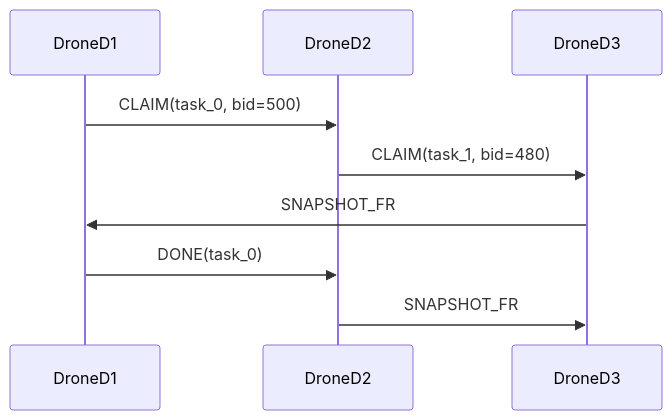
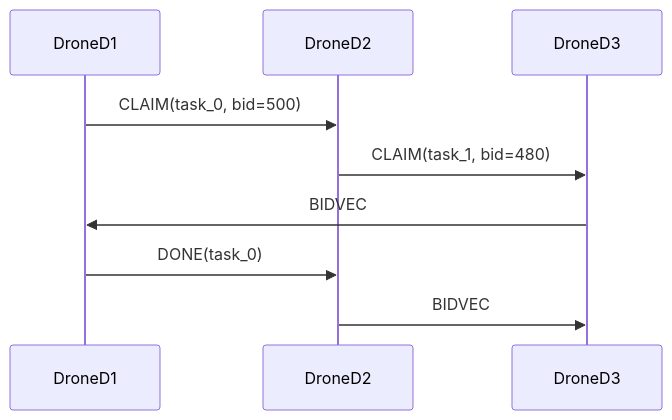
Before and after one commit to IN-AIR-KR/crazyflie-firmware: the first of 2 diagrams in examples/app_peer_to_peer_meshprobe/docs/CBBA_OVERVIEW.md, drawn with Mermaid. The commit also changed other lines of this file and 6 other files, not shown here.

````diff
--- a/examples/app_peer_to_peer_meshprobe/docs/CBBA_OVERVIEW.md
+++ b/examples/app_peer_to_peer_meshprobe/docs/CBBA_OVERVIEW.md
@@ -132,12 +132,12 @@
 ```mermaid
 sequenceDiagram
     participant D1 as DroneD1
     participant D2 as DroneD2
     participant D3 as DroneD3
 
     D1->>D2: CLAIM(task_0, bid=500)
     D2->>D3: CLAIM(task_1, bid=480)
-    D3->>D1: SNAPSHOT_FR
+    D3->>D1: BIDVEC
     D1->>D2: DONE(task_0)
-    D2->>D3: SNAPSHOT_FR
+    D2->>D3: BIDVEC
 ```
````
